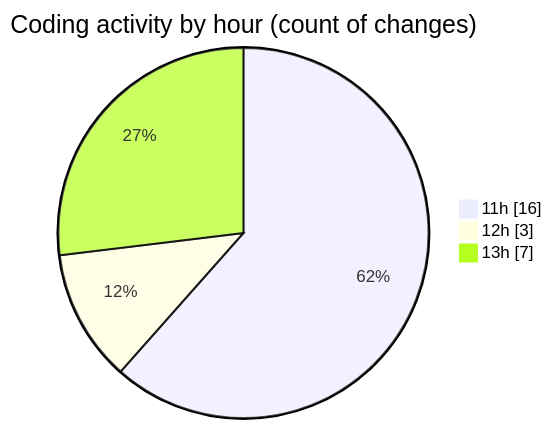
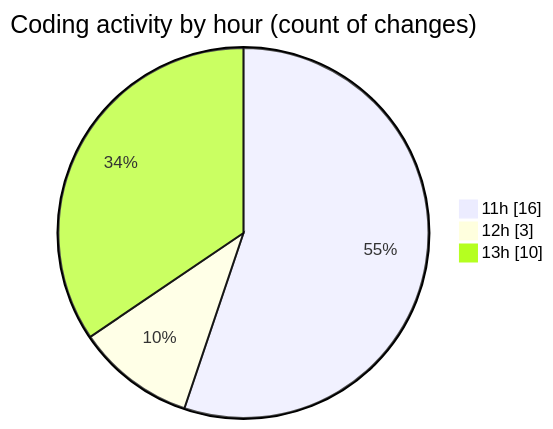
Before and after one commit to nxtqubesakshisongat/code-tracking: the second of 2 diagrams in 2026-03-31/nxtqube_webapp/README.md, drawn with Mermaid. The commit also changed other lines of this file and 1 other file, not shown here.

````diff
--- a/2026-03-31/nxtqube_webapp/README.md
+++ b/2026-03-31/nxtqube_webapp/README.md
@@ -32,7 +32,7 @@
 ```mermaid
 pie showData
 title Coding activity by hour (count of changes)
 "11h" : 16
 "12h" : 3
-"13h" : 7
+"13h" : 10
 ```
````
